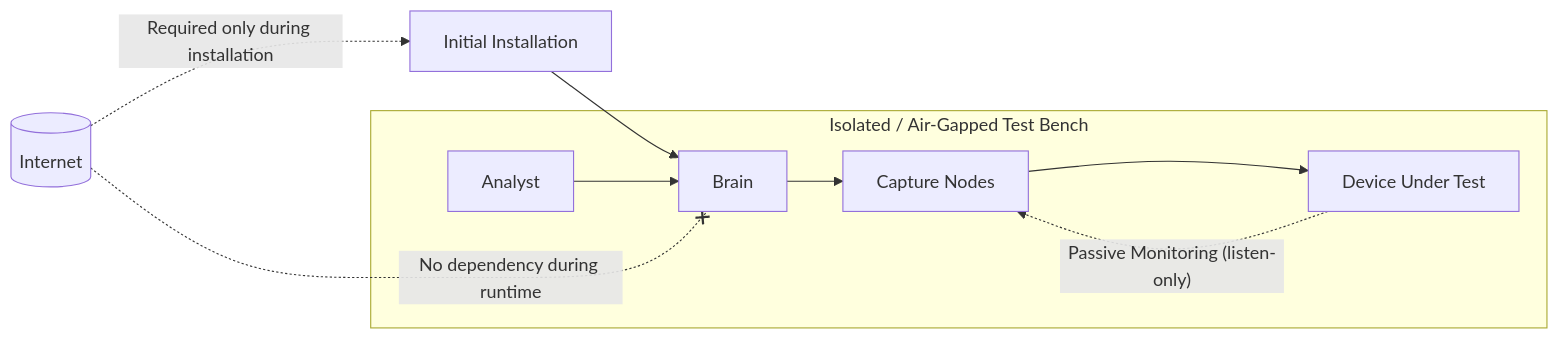
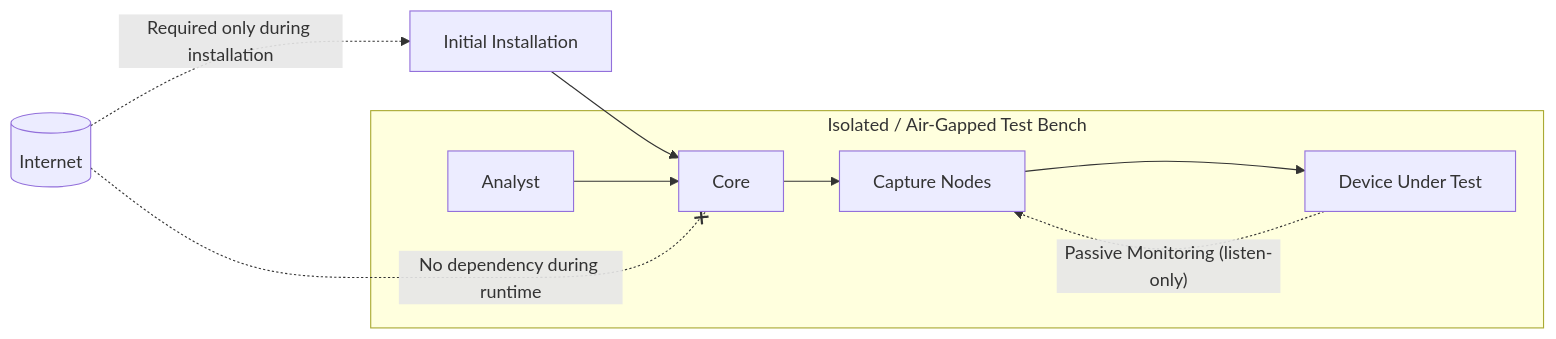
Before and after one commit to EG-ETCS/wiresploit: the third of 4 diagrams in docs/01_Requirements/01_SysRS/01_Functional_Requirements.md, drawn with Mermaid. The commit also changed other lines of this file and 3 other files, not shown here.

Commit message:
brain -> core remobe FR-ANA-09

````diff
--- a/docs/01_Requirements/01_SysRS/01_Functional_Requirements.md
+++ b/docs/01_Requirements/01_SysRS/01_Functional_Requirements.md
@@ -370,23 +360,23 @@
 ```mermaid
 flowchart LR
 
-    Analyst --> Brain
-    Brain --> CaptureNodes["Capture Nodes"]
+    Analyst --> Core
+    Core --> CaptureNodes["Capture Nodes"]
     CaptureNodes --> DUT["Device Under Test"]
     DUT -. "Passive Monitoring (listen-only)" .-> CaptureNodes
 
     subgraph AirGap["Isolated / Air-Gapped Test Bench"]
         Analyst
-        Brain
+        Core
         CaptureNodes
         DUT
     end
 
     Internet[(Internet)]
     Installer["Initial Installation"]
 
     Internet -. "Required only during installation" .-> Installer
-    Installer --> Brain
+    Installer --> Core
 
-    Internet -. "No dependency during runtime" .-x Brain
+    Internet -. "No dependency during runtime" .-x Core
 ```
````
